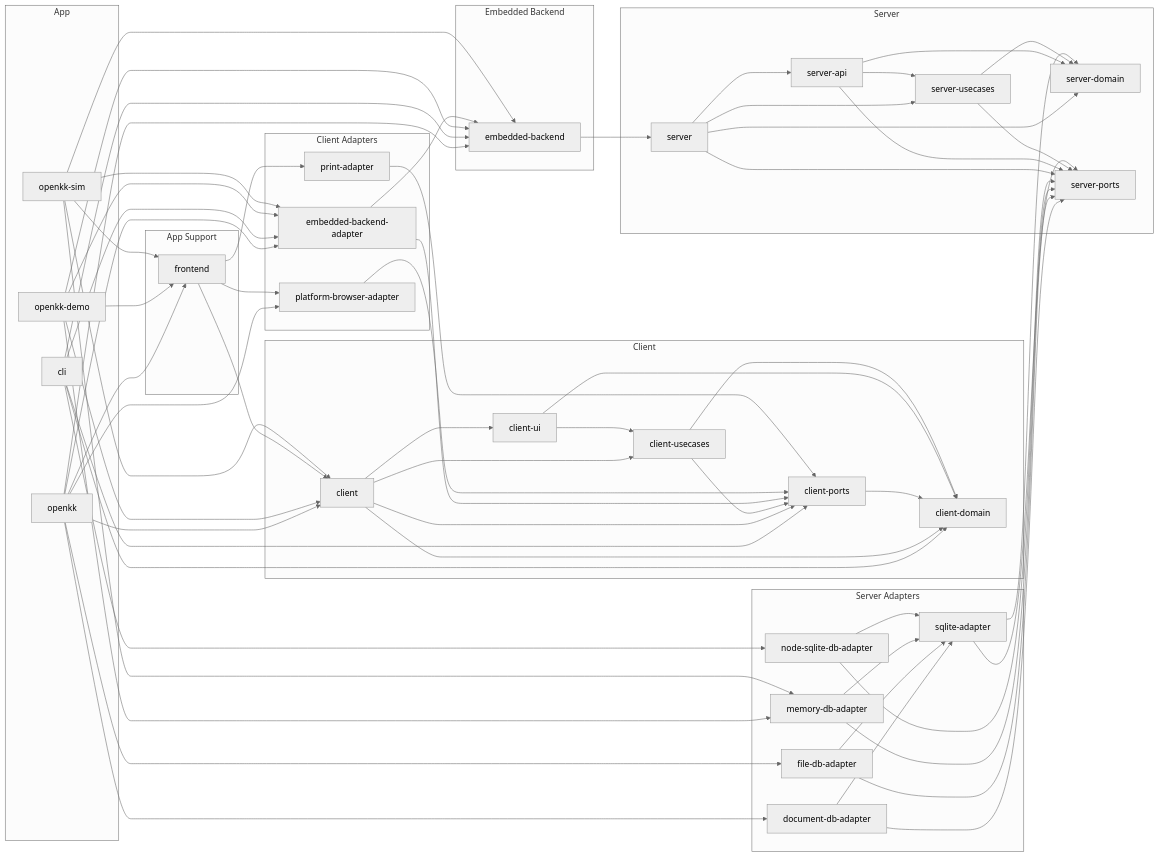
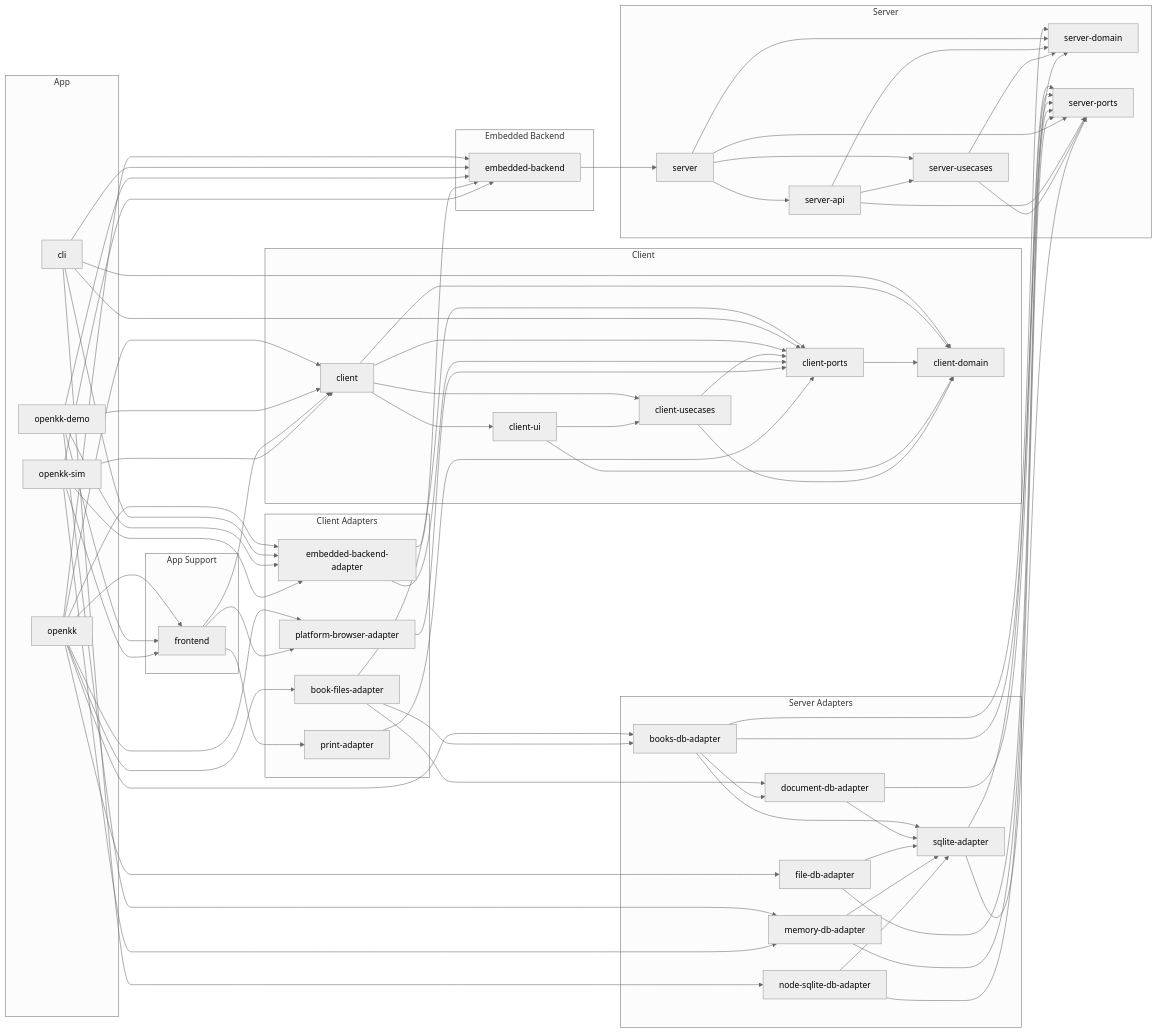
The diagram in docs/dependency-graph.md (rubydogjp/openkk), drawn with Mermaid (neutral theme) before and after one commit. The commit also changed other lines of this file and 121 other files, not shown here.

```diff
--- a/docs/dependency-graph.md
+++ b/docs/dependency-graph.md
@@ -22,6 +22,7 @@
   end
 
   subgraph client_adapters["Client Adapters"]
+    rubydogjp_openkk_book_files_adapter["book-files-adapter"]
     rubydogjp_openkk_embedded_backend_adapter["embedded-backend-adapter"]
     rubydogjp_openkk_platform_browser_adapter["platform-browser-adapter"]
     rubydogjp_openkk_print_adapter["print-adapter"]
@@ -40,6 +41,7 @@
   end
 
   subgraph server_adapters["Server Adapters"]
+    rubydogjp_openkk_books_db_adapter["books-db-adapter"]
     rubydogjp_openkk_document_db_adapter["document-db-adapter"]
     rubydogjp_openkk_file_db_adapter["file-db-adapter"]
     rubydogjp_openkk_memory_db_adapter["memory-db-adapter"]
@@ -55,13 +57,21 @@
     rubydogjp_openkk_server_usecases["server-usecases"]
   end
 
+  rubydogjp_openkk --> rubydogjp_openkk_book_files_adapter
+  rubydogjp_openkk --> rubydogjp_openkk_books_db_adapter
   rubydogjp_openkk --> rubydogjp_openkk_client
-  rubydogjp_openkk --> rubydogjp_openkk_document_db_adapter
   rubydogjp_openkk --> rubydogjp_openkk_embedded_backend
   rubydogjp_openkk --> rubydogjp_openkk_embedded_backend_adapter
   rubydogjp_openkk --> rubydogjp_openkk_file_db_adapter
   rubydogjp_openkk --> rubydogjp_openkk_frontend
   rubydogjp_openkk --> rubydogjp_openkk_platform_browser_adapter
+  rubydogjp_openkk_book_files_adapter --> rubydogjp_openkk_books_db_adapter
+  rubydogjp_openkk_book_files_adapter --> rubydogjp_openkk_client_ports
+  rubydogjp_openkk_book_files_adapter --> rubydogjp_openkk_document_db_adapter
+  rubydogjp_openkk_books_db_adapter --> rubydogjp_openkk_document_db_adapter
+  rubydogjp_openkk_books_db_adapter --> rubydogjp_openkk_server_domain
+  rubydogjp_openkk_books_db_adapter --> rubydogjp_openkk_server_ports
+  rubydogjp_openkk_books_db_adapter --> rubydogjp_openkk_sqlite_adapter
   rubydogjp_openkk_cli --> rubydogjp_openkk_client_domain
   rubydogjp_openkk_cli --> rubydogjp_openkk_client_ports
   rubydogjp_openkk_cli --> rubydogjp_openkk_embedded_backend
```
